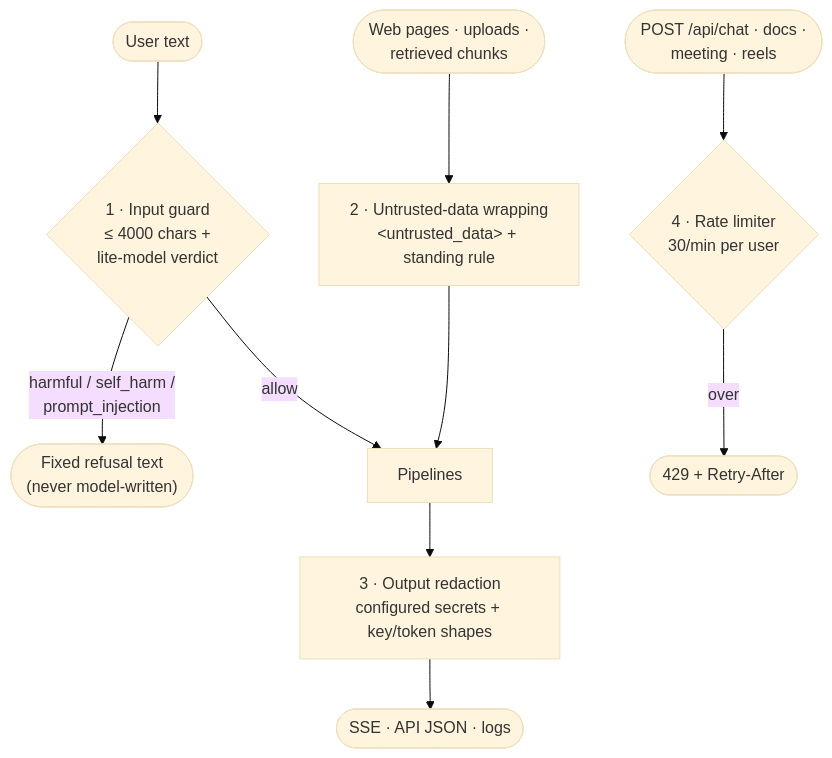
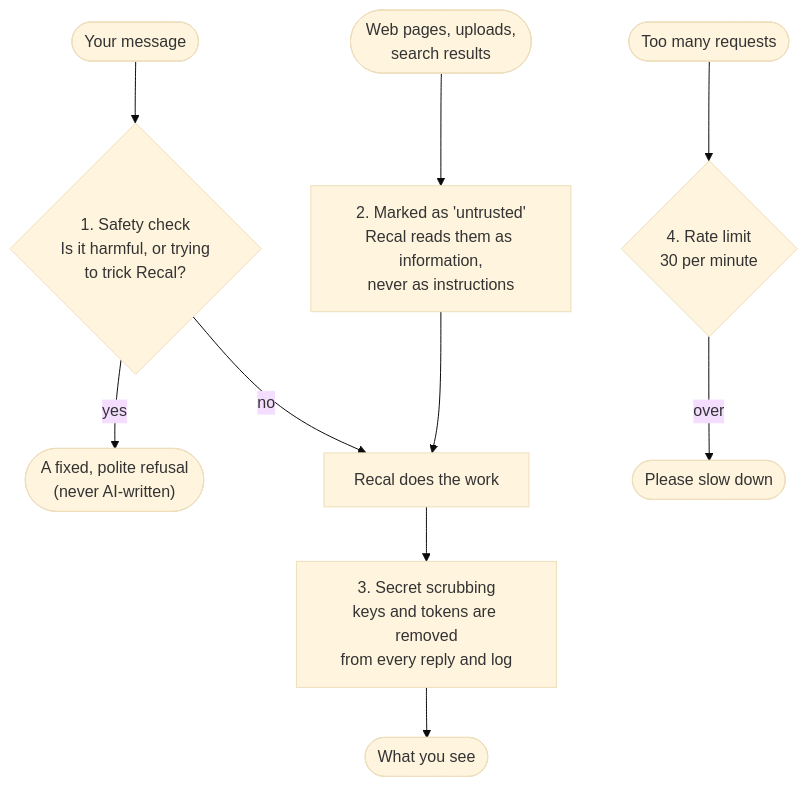
Before and after one commit to Chaitanya674/Recal-AI: diagram 17 of 19 in docs/DOCUMENTATION.md, drawn with Mermaid (base theme). The commit also changed other lines of this file, not shown here.

````diff
--- a/docs/DOCUMENTATION.md
+++ b/docs/DOCUMENTATION.md
@@ -665,12 +735,12 @@
 ```mermaid
 flowchart TD
-    IN(["User text"]) --> L1{"1 · Input guard<br/>≤ 4000 chars +<br/>lite-model verdict"}
-    L1 -- "harmful / self_harm /<br/>prompt_injection" --> FIX(["Fixed refusal text<br/>(never model-written)"])
-    L1 -- allow --> PIPE["Pipelines"]
-    SRC(["Web pages · uploads ·<br/>retrieved chunks"]) --> L2["2 · Untrusted-data wrapping<br/>&lt;untrusted_data&gt; + standing rule"]
-    L2 --> PIPE
-    PIPE --> L3["3 · Output redaction<br/>configured secrets + key/token shapes"]
-    L3 --> OUT(["SSE · API JSON · logs"])
-    REQ(["POST /api/chat · docs ·<br/>meeting · reels"]) --> L4{"4 · Rate limiter<br/>30/min per user"}
-    L4 -- over --> R429(["429 + Retry-After"])
+    MSG(["Your message"]) --> L1{"1. Safety check<br/>Is it harmful, or trying<br/>to trick Recal?"}
+    L1 -- yes --> NO(["A fixed, polite refusal<br/>(never AI-written)"])
+    L1 -- no --> WORK["Recal does the work"]
+    OUT(["Web pages, uploads,<br/>search results"]) --> L2["2. Marked as 'untrusted'<br/>Recal reads them as information,<br/>never as instructions"]
+    L2 --> WORK
+    WORK --> L3["3. Secret scrubbing<br/>keys and tokens are removed<br/>from every reply and log"]
+    L3 --> YOU(["What you see"])
+    MANY(["Too many requests"]) --> L4{"4. Rate limit<br/>30 per minute"}
+    L4 -- over --> SLOW(["Please slow down"])
 ```
````
